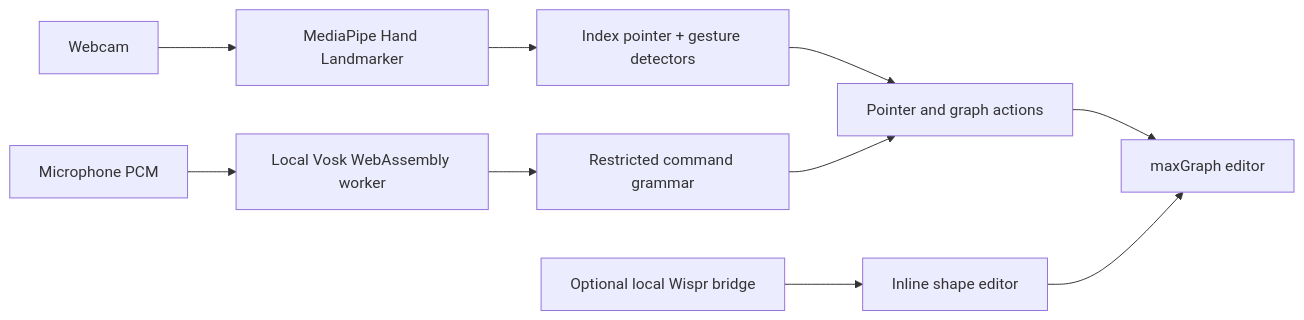
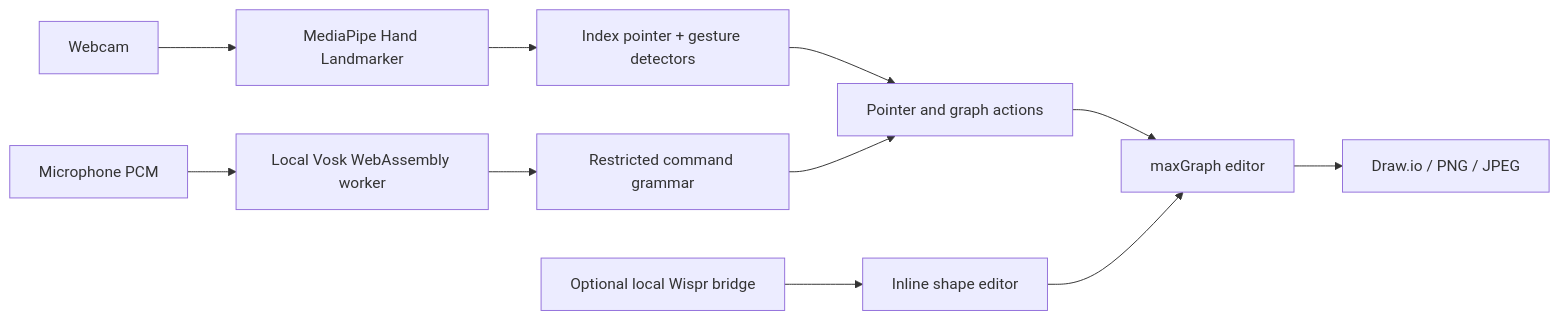
The diagram in README.md (adi3120/AirDrawio), drawn with Mermaid before and after one commit. The commit also changed other lines of this file and 15 other files, not shown here.

Commit message:
Add diagram exports and infinite canvas

````diff
--- a/README.md
+++ b/README.md
@@ -169,12 +185,13 @@
 ```mermaid
 flowchart LR
   Camera[Webcam] --> MediaPipe[MediaPipe Hand Landmarker]
   MediaPipe --> Pointer[Index pointer + gesture detectors]
   Mic[Microphone PCM] --> Vosk[Local Vosk WebAssembly worker]
   Vosk --> Commands[Restricted command grammar]
   Pointer --> Actions[Pointer and graph actions]
   Commands --> Actions
   Actions --> Graph[maxGraph editor]
+  Graph --> Export[Draw.io / PNG / JPEG]
   Wispr[Optional local Wispr bridge] --> Labels[Inline shape editor]
   Labels --> Graph
 ```
````
